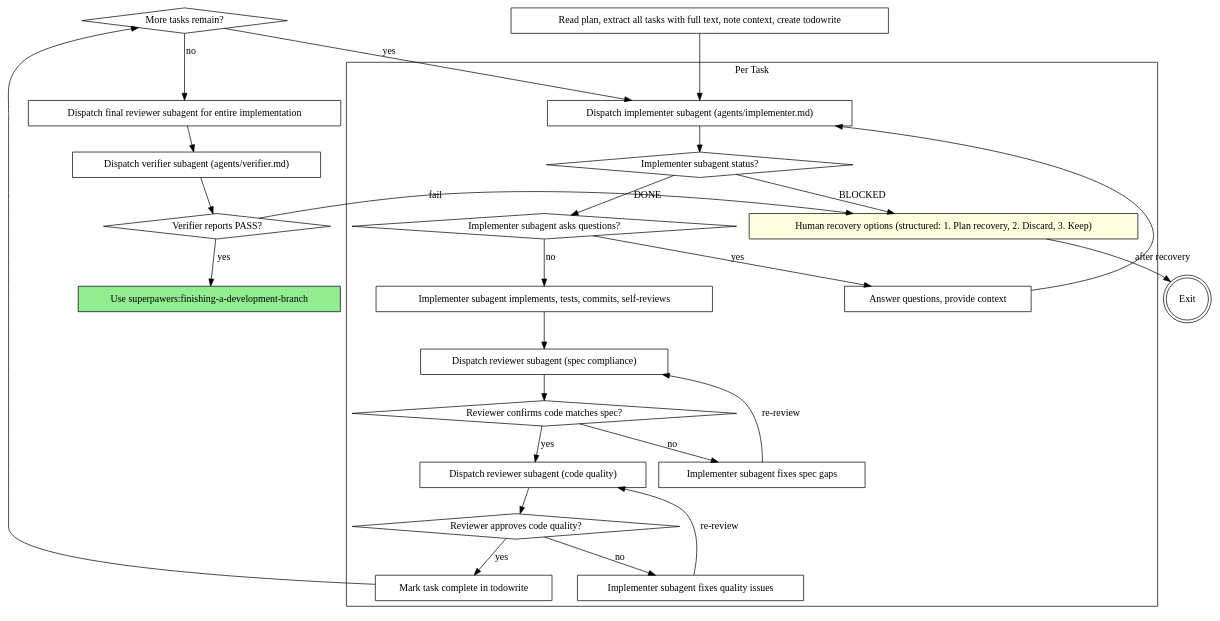
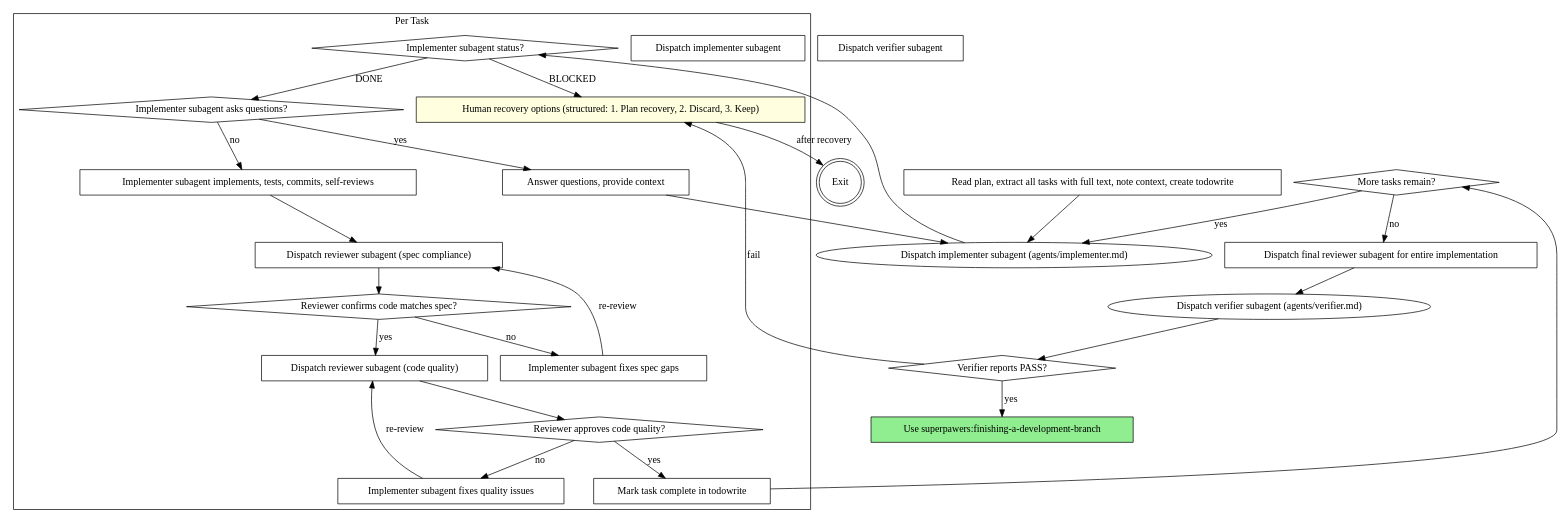
One commit to BubbleBuffer/superpawers changed the second of 2 diagrams in skills/subagent-driven-development/SKILL.md. Above: the diagram before and after it, drawn with Graphviz. The commit also changed other lines of this file and 11 other files, not shown here.

````diff
--- a/skills/subagent-driven-development/SKILL.md
+++ b/skills/subagent-driven-development/SKILL.md
@@ -34,56 +34,56 @@
 ```dot
 digraph process {
     rankdir=TB;
 
     subgraph cluster_per_task {
         label="Per Task";
-        "Dispatch implementer subagent (agents/implementer.md)" [shape=box];
+        "Dispatch implementer subagent" [shape=box];
         "Implementer subagent status?" [shape=diamond];
         "Human recovery options (structured: 1. Plan recovery, 2. Discard, 3. Keep)" [shape=box style=filled fillcolor=lightyellow];
         "Implementer subagent asks questions?" [shape=diamond];
         "Answer questions, provide context" [shape=box];
         "Implementer subagent implements, tests, commits, self-reviews" [shape=box];
         "Dispatch reviewer subagent (spec compliance)" [shape=box];
         "Reviewer confirms code matches spec?" [shape=diamond];
         "Implementer subagent fixes spec gaps" [shape=box];
         "Dispatch reviewer subagent (code quality)" [shape=box];
         "Reviewer approves code quality?" [shape=diamond];
         "Implementer subagent fixes quality issues" [shape=box];
         "Mark task complete in todowrite" [shape=box];
     }
 
     "Read plan, extract all tasks with full text, note context, create todowrite" [shape=box];
     "More tasks remain?" [shape=diamond];
     "Dispatch final reviewer subagent for entire implementation" [shape=box];
-    "Dispatch verifier subagent (agents/verifier.md)" [shape=box];
+    "Dispatch verifier subagent" [shape=box];
     "Verifier reports PASS?" [shape=diamond];
     "Use superpawers:finishing-a-development-branch" [shape=box style=filled fillcolor=lightgreen];
     "Human recovery options (structured: 1. Plan recovery, 2. Discard, 3. Keep)" [shape=box style=filled fillcolor=lightyellow];
     "Exit" [shape=doublecircle];
 
     "Read plan, extract all tasks with full text, note context, create todowrite" -> "Dispatch implementer subagent (agents/implementer.md)";
     "Dispatch implementer subagent (agents/implementer.md)" -> "Implementer subagent status?";
     "Implementer subagent status?" -> "Human recovery options (structured: 1. Plan recovery, 2. Discard, 3. Keep)" [label="BLOCKED"];
     "Implementer subagent status?" -> "Implementer subagent asks questions?" [label="DONE"];
     "Implementer subagent asks questions?" -> "Answer questions, provide context" [label="yes"];
     "Answer questions, provide context" -> "Dispatch implementer subagent (agents/implementer.md)";
     "Implementer subagent asks questions?" -> "Implementer subagent implements, tests, commits, self-reviews" [label="no"];
     "Implementer subagent implements, tests, commits, self-reviews" -> "Dispatch reviewer subagent (spec compliance)";
     "Dispatch reviewer subagent (spec compliance)" -> "Reviewer confirms code matches spec?";
     "Reviewer confirms code matches spec?" -> "Implementer subagent fixes spec gaps" [label="no"];
     "Implementer subagent fixes spec gaps" -> "Dispatch reviewer subagent (spec compliance)" [label="re-review"];
     "Reviewer confirms code matches spec?" -> "Dispatch reviewer subagent (code quality)" [label="yes"];
     "Dispatch reviewer subagent (code quality)" -> "Reviewer approves code quality?";
     "Reviewer approves code quality?" -> "Implementer subagent fixes quality issues" [label="no"];
     "Implementer subagent fixes quality issues" -> "Dispatch reviewer subagent (code quality)" [label="re-review"];
     "Reviewer approves code quality?" -> "Mark task complete in todowrite" [label="yes"];
     "Mark task complete in todowrite" -> "More tasks remain?";
     "More tasks remain?" -> "Dispatch implementer subagent (agents/implementer.md)" [label="yes"];
     "More tasks remain?" -> "Dispatch final reviewer subagent for entire implementation" [label="no"];
     "Dispatch final reviewer subagent for entire implementation" -> "Dispatch verifier subagent (agents/verifier.md)";
     "Dispatch verifier subagent (agents/verifier.md)" -> "Verifier reports PASS?";
     "Verifier reports PASS?" -> "Use superpawers:finishing-a-development-branch" [label="yes"];
     "Verifier reports PASS?" -> "Human recovery options (structured: 1. Plan recovery, 2. Discard, 3. Keep)" [label="fail"];
     "Human recovery options (structured: 1. Plan recovery, 2. Discard, 3. Keep)" -> "Exit" [label="after recovery"];
 }
 ```
````
